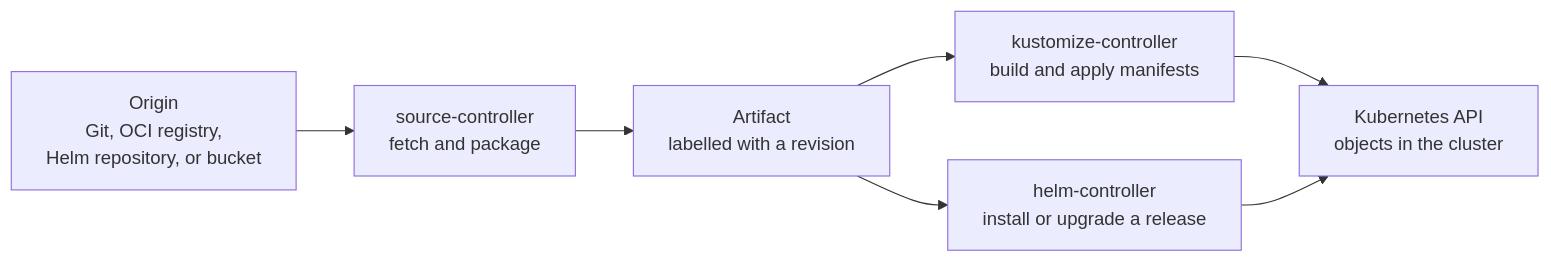
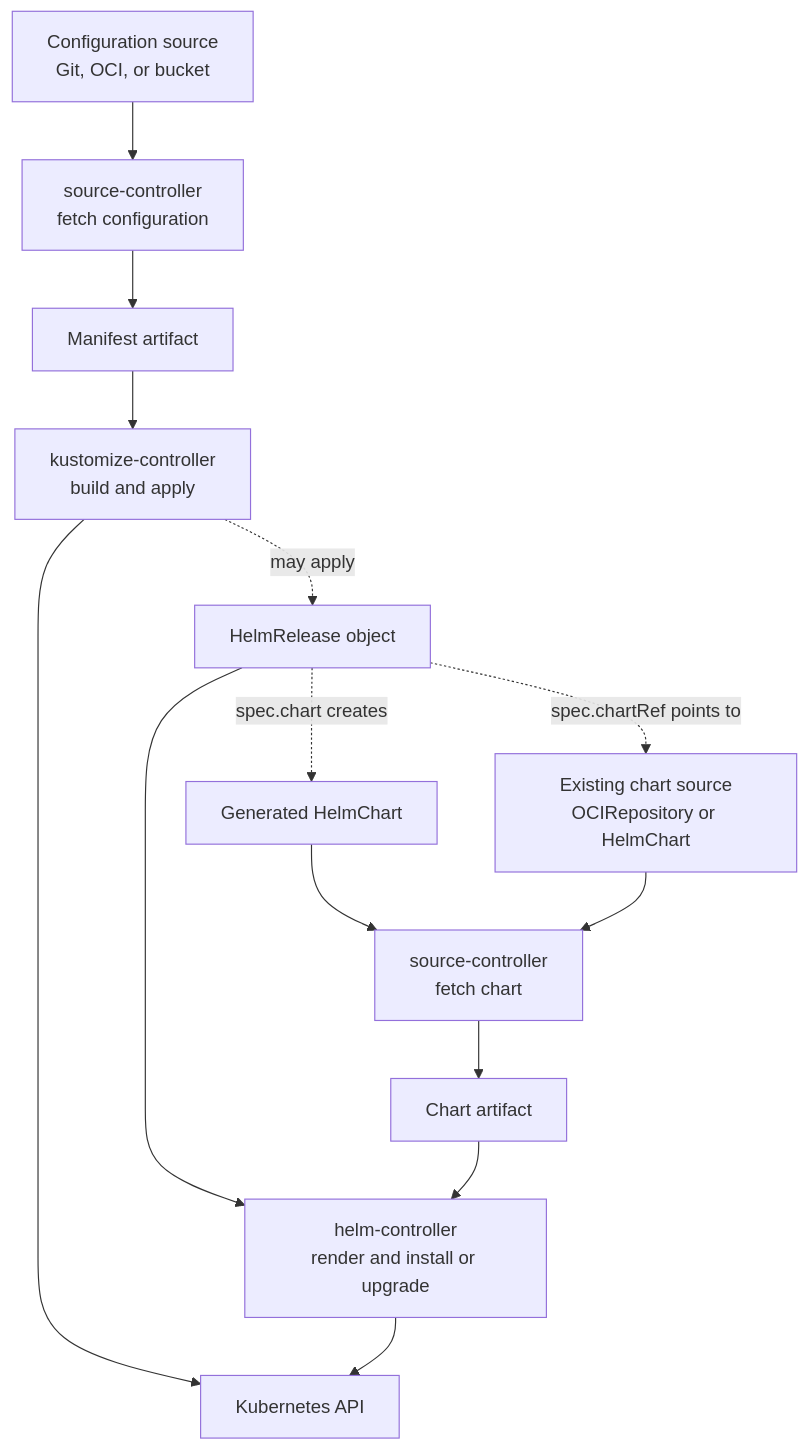
The diagram in knowledge/kubernetes/applications-and-tools/flux.md (David-A18/MY-humble-knowledge-for-everyone), drawn with Mermaid before and after one commit. The commit also changed other lines of this file and 6 other files, not shown here.

````diff
--- a/knowledge/kubernetes/applications-and-tools/flux.md
+++ b/knowledge/kubernetes/applications-and-tools/flux.md
@@ -81,12 +84,21 @@
 ```mermaid
-flowchart LR
-  origin["Origin<br/>Git, OCI registry,<br/>Helm repository, or bucket"]
-  sc["source-controller<br/>fetch and package"]
-  artifact["Artifact<br/>labelled with a revision"]
-  kc["kustomize-controller<br/>build and apply manifests"]
-  hc["helm-controller<br/>install or upgrade a release"]
-  api["Kubernetes API<br/>objects in the cluster"]
-  origin --> sc --> artifact
-  artifact --> kc --> api
-  artifact --> hc --> api
+flowchart TB
+  config["Configuration source<br/>Git, OCI, or bucket"]
+  sc1["source-controller<br/>fetch configuration"]
+  manifests["Manifest artifact"]
+  kc["kustomize-controller<br/>build and apply"]
+  hr["HelmRelease object"]
+  generatedChart["Generated HelmChart"]
+  existingSource["Existing chart source<br/>OCIRepository or HelmChart"]
+  sc2["source-controller<br/>fetch chart"]
+  chart["Chart artifact"]
+  hc["helm-controller<br/>render and install or upgrade"]
+  api["Kubernetes API"]
+  config --> sc1 --> manifests --> kc --> api
+  kc -. "may apply" .-> hr
+  hr --> hc
+  hr -. "spec.chart creates" .-> generatedChart
+  hr -. "spec.chartRef points to" .-> existingSource
+  generatedChart --> sc2
+  existingSource --> sc2 --> chart --> hc --> api
 ```
````
